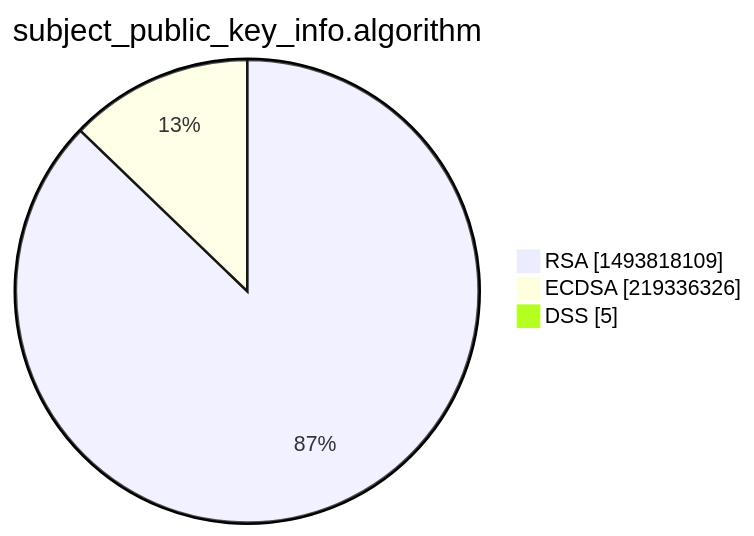
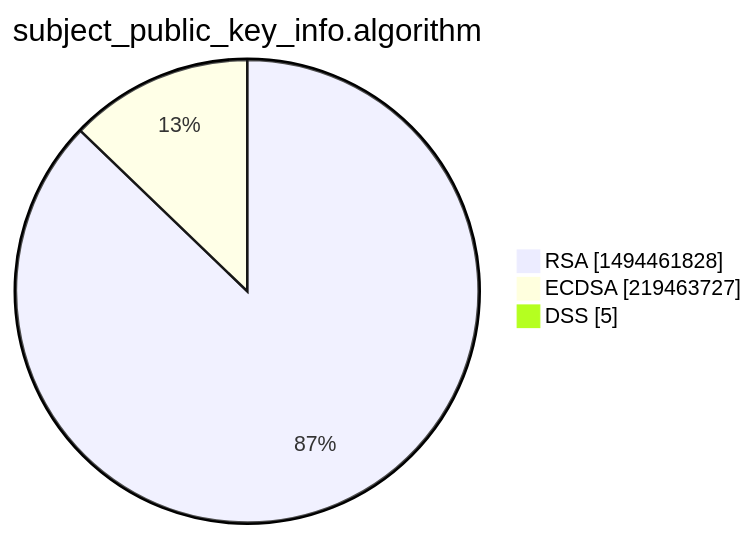
One commit to christiankrug/ctmonitor_visualization changed the third of 15 diagrams in xenon2022/README.md. Above: the diagram before and after it, drawn with Mermaid. The commit also changed other lines of this file, not shown here.

````diff
--- a/xenon2022/README.md
+++ b/xenon2022/README.md
@@ -14,7 +14,7 @@
 ```mermaid
 pie showData
 title subject_public_key_info.algorithm
-"RSA" :1493818109
-"ECDSA" :219336326
+"RSA" :1494461828
+"ECDSA" :219463727
 "DSS" :5
 ```
````
